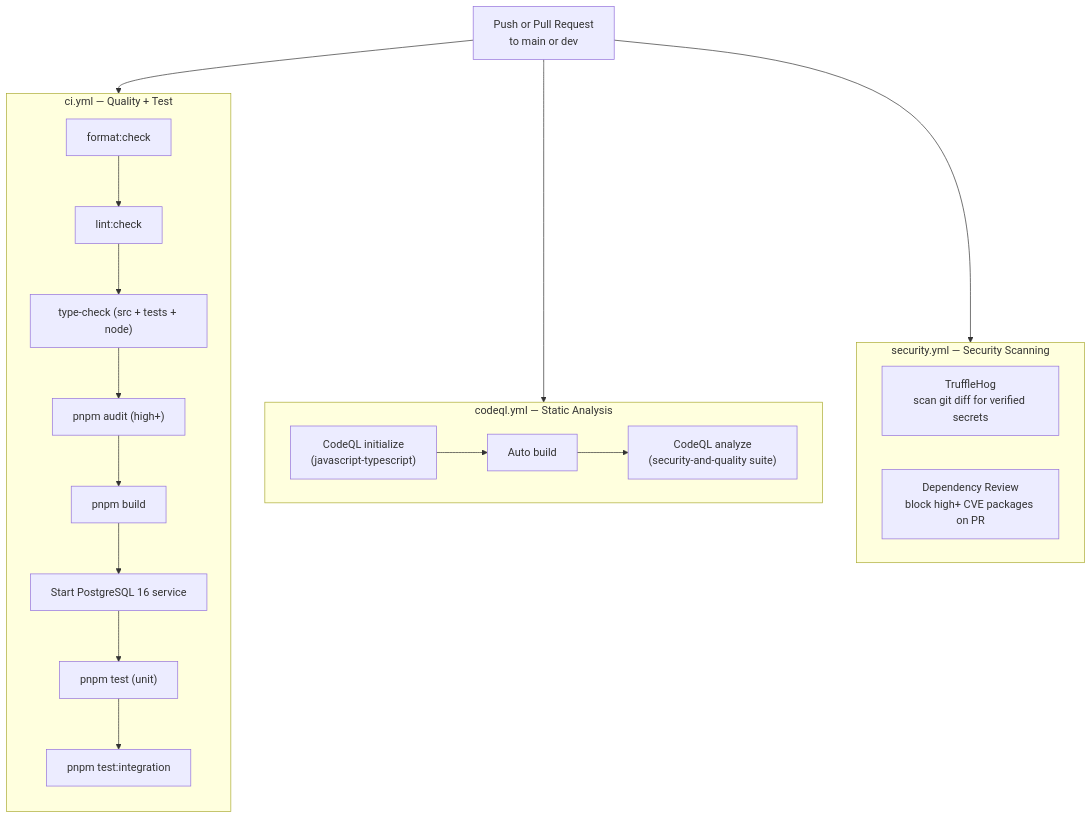
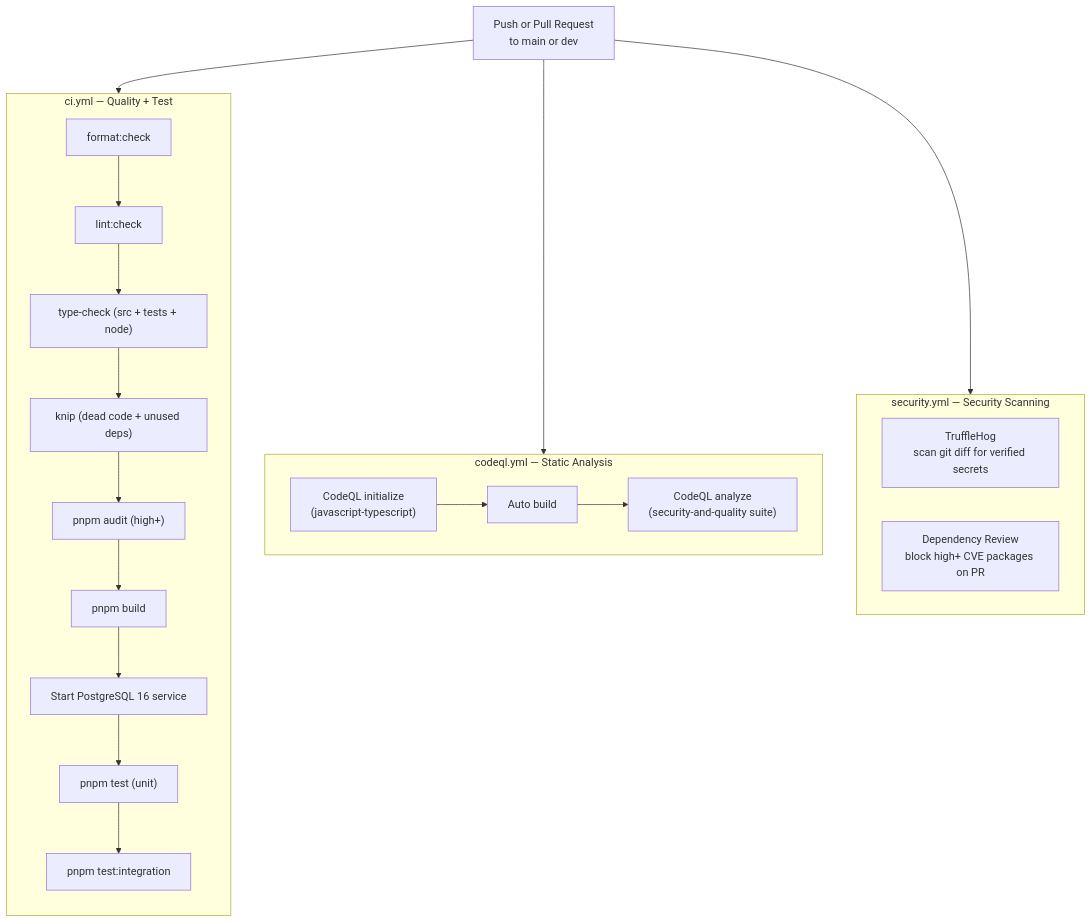
Before and after one commit to KhaledSaeed18/node-express-boilerplate: the tenth of 13 diagrams in README.md, drawn with Mermaid. The commit also changed other lines of this file and 18 other files, not shown here.

First line of the commit message:
chore(knip): integrate knip dead-code checks and clean up unused code

````diff
--- a/README.md
+++ b/README.md
@@ -662,27 +663,28 @@
 ```mermaid
 flowchart TD
     Trigger["Push or Pull Request\nto main or dev"] --> Q & CQ & Sec
 
     subgraph Q["ci.yml — Quality + Test"]
         direction TB
         Q1["format:check"] --> Q2["lint:check"]
         Q2 --> Q3["type-check (src + tests + node)"]
-        Q3 --> Q4["pnpm audit (high+)"]
+        Q3 --> Q3b["knip (dead code + unused deps)"]
+        Q3b --> Q4["pnpm audit (high+)"]
         Q4 --> Q5["pnpm build"]
         Q5 --> Q6["Start PostgreSQL 16 service"]
         Q6 --> Q7["pnpm test (unit)"]
         Q7 --> Q8["pnpm test:integration"]
     end
 
     subgraph CQ["codeql.yml — Static Analysis"]
         CQ1["CodeQL initialize\n(javascript-typescript)"]
         CQ2["Auto build"]
         CQ3["CodeQL analyze\n(security-and-quality suite)"]
         CQ1 --> CQ2 --> CQ3
     end
 
     subgraph Sec["security.yml — Security Scanning"]
         S1["TruffleHog\nscan git diff for verified secrets"]
         S2["Dependency Review\nblock high+ CVE packages on PR"]
     end
 ```
````
